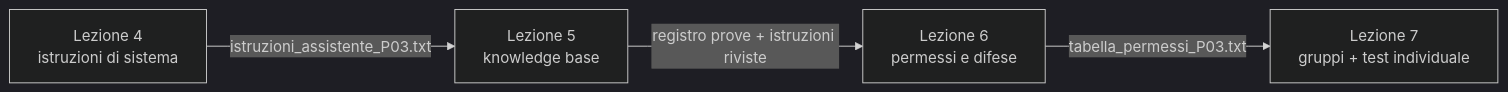
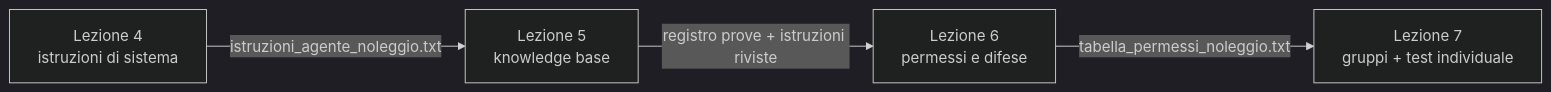
One commit to franzo9393/ITSCorso_UnslothStudio-Git changed the diagram in lezione 4 - reti neurali e agenti con orchestrazione/docente/backup/BOZZA_PERCORSO_LEZIONI_4-7.md. Above: the diagram before and after it, drawn with Mermaid (dark theme). The commit also changed other lines of this file and 34 other files, not shown here.

Commit message:
Lezione 4: tolta la pressa P03; caso Ruota Libera (noleggio di biciclette), dimostrazione sulla pizzeria, slide 12-32 e materiali rigenerati

````diff
--- a/lezione 4 - reti neurali e agenti con orchestrazione/docente/backup/BOZZA_PERCORSO_LEZIONI_4-7.md
+++ b/lezione 4 - reti neurali e agenti con orchestrazione/docente/backup/BOZZA_PERCORSO_LEZIONI_4-7.md
@@ -30,6 +30,6 @@
 ```mermaid
 flowchart LR
-  L4["Lezione 4<br/>istruzioni di sistema"] -->|istruzioni_assistente_P03.txt| L5["Lezione 5<br/>knowledge base"]
+  L4["Lezione 4<br/>istruzioni di sistema"] -->|istruzioni_agente_noleggio.txt| L5["Lezione 5<br/>knowledge base"]
   L5 -->|registro prove + istruzioni riviste| L6["Lezione 6<br/>permessi e difese"]
-  L6 -->|tabella_permessi_P03.txt| L7["Lezione 7<br/>gruppi + test individuale"]
+  L6 -->|tabella_permessi_noleggio.txt| L7["Lezione 7<br/>gruppi + test individuale"]
 ```
````
